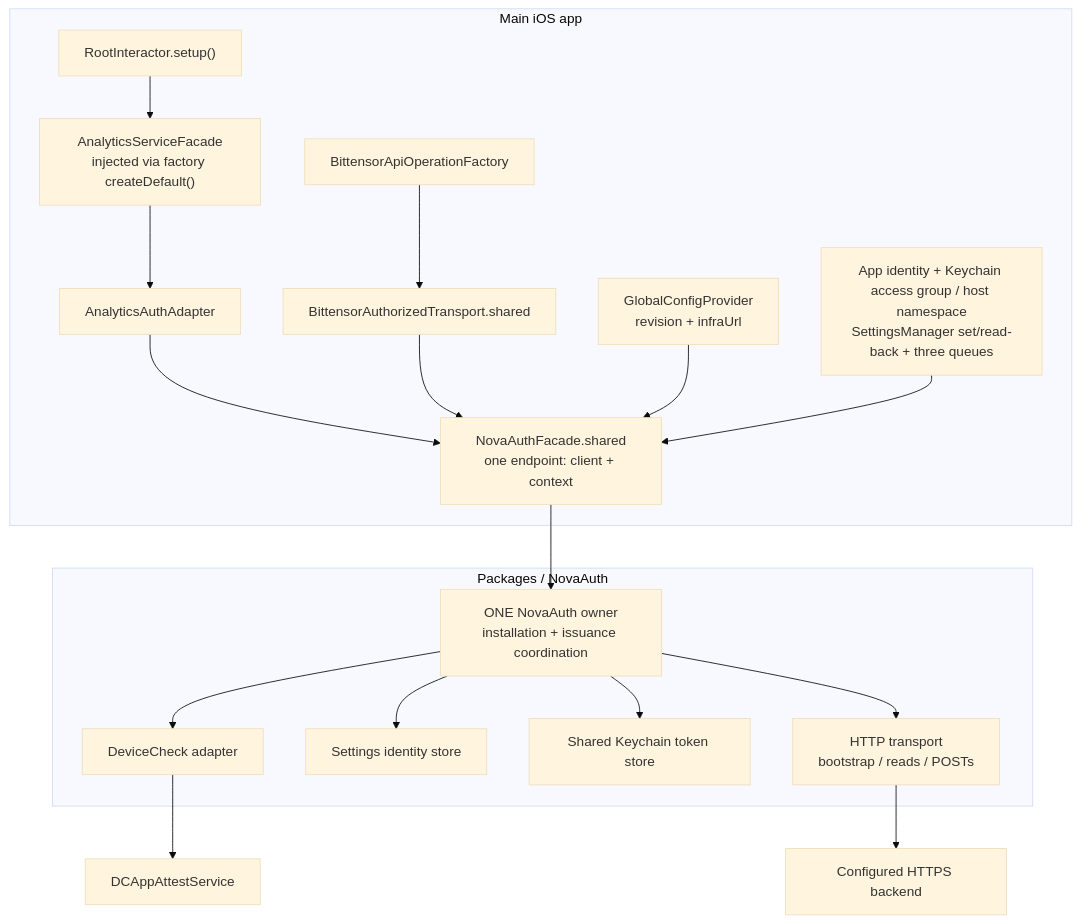
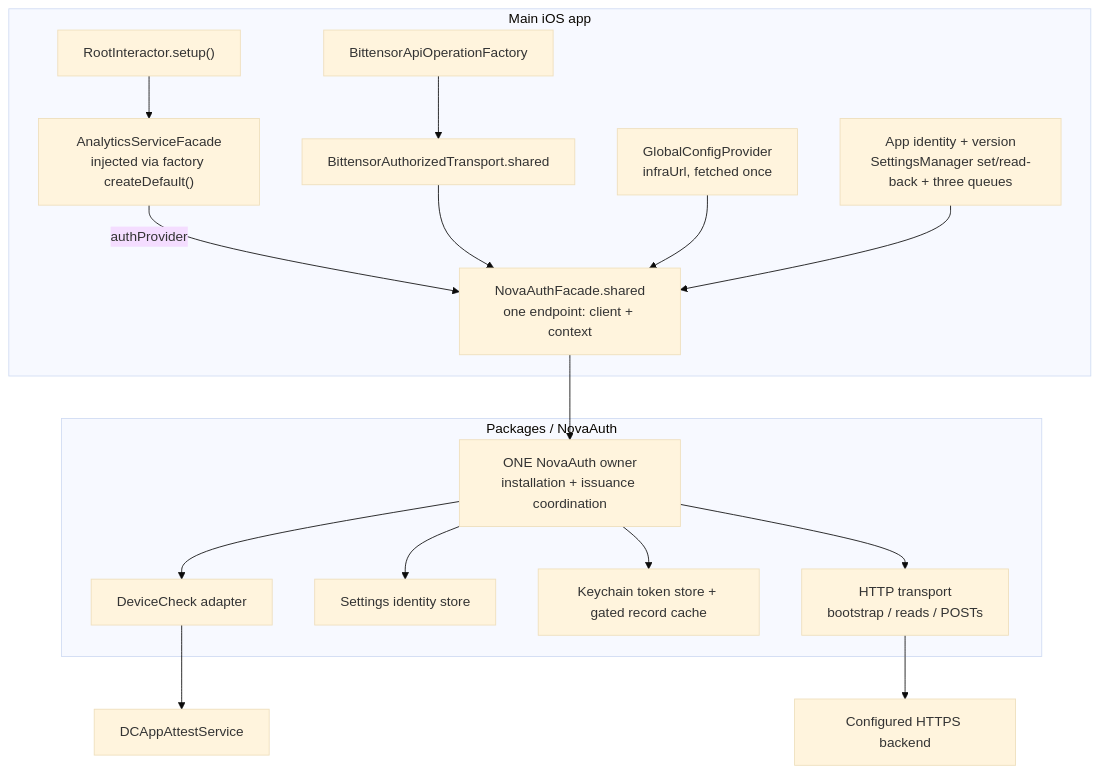
One commit to novasamatech/nova-wallet-ios changed the first of 8 diagrams in .claude/docs/architecture/novaauth-client-diagrams.md. Above: the diagram before and after it, drawn with Mermaid (base theme). The commit also changed other lines of this file and 4 other files, not shown here.

Commit message:
document the bittensor use of the shared nova auth bearer

````diff
--- a/.claude/docs/architecture/novaauth-client-diagrams.md
+++ b/.claude/docs/architecture/novaauth-client-diagrams.md
@@ -14,21 +13,20 @@
 ```mermaid
 flowchart TB
   subgraph APP["Main iOS app"]
     ROOT["RootInteractor.setup()"] --> AF["AnalyticsServiceFacade<br/>injected via factory createDefault()"]
-    AF --> AA["AnalyticsAuthAdapter"]
     BT["BittensorApiOperationFactory"] --> TR["BittensorAuthorizedTransport.shared"]
-    AA --> F["NovaAuthFacade.shared<br/>one endpoint: client + context"]
+    AF -- "authProvider" --> F["NovaAuthFacade.shared<br/>one endpoint: client + context"]
     TR --> F
-    CONFIG["GlobalConfigProvider<br/>revision + infraUrl"] --> F
-    HOST["App identity + Keychain access group / host namespace<br/>SettingsManager set/read-back + three queues"] --> F
+    CONFIG["GlobalConfigProvider<br/>infraUrl, fetched once"] --> F
+    HOST["App identity + version<br/>SettingsManager set/read-back + three queues"] --> F
   end
   subgraph PACKAGE["Packages / NovaAuth"]
     F --> OWNER["ONE NovaAuth owner<br/>installation + issuance coordination"]
     OWNER --> APPLE["DeviceCheck adapter"]
     OWNER --> STATE["Settings identity store"]
-    OWNER --> TOKEN["Shared Keychain token store"]
+    OWNER --> TOKEN["Keychain token store + gated record cache"]
     OWNER --> HTTP["HTTP transport<br/>bootstrap / reads / POSTs"]
   end
   HTTP --> BACKEND["Configured HTTPS backend"]
   APPLE --> OS["DCAppAttestService"]
 ```
````
